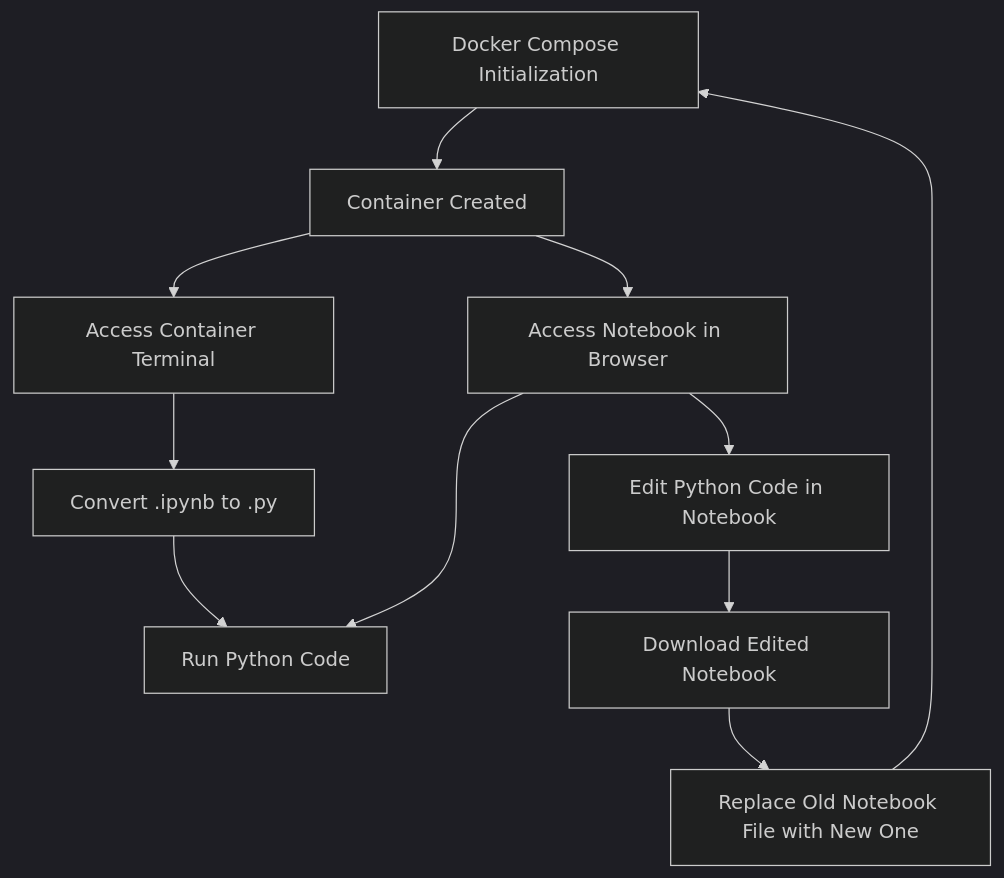
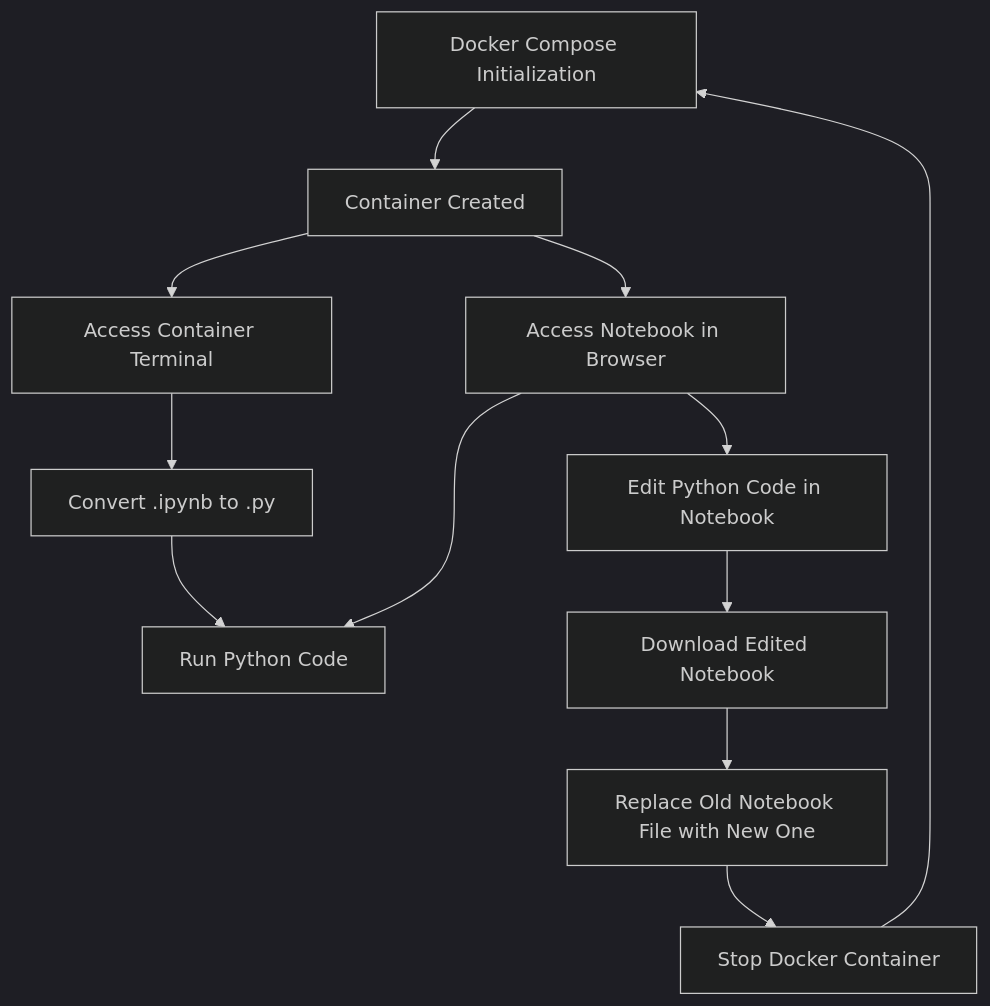
One commit to kaizen-ai/kaizenflow changed the diagram in sorrentum_sandbox/spring2024/Spring2024_Real-time_Data_Processing_with_Apache_Spark_Streaming/write_up.md. Above: the diagram before and after it, drawn with Mermaid (dark theme). The commit also changed other lines of this file, not shown here.

````diff
--- a/sorrentum_sandbox/spring2024/Spring2024_Real-time_Data_Processing_with_Apache_Spark_Streaming/write_up.md
+++ b/sorrentum_sandbox/spring2024/Spring2024_Real-time_Data_Processing_with_Apache_Spark_Streaming/write_up.md
@@ -397,13 +424,14 @@
 ```mermaid
 graph TD;
 	A[Docker Compose Initialization] --> B[Container Created]
 	B --> C[Access Container Terminal]
 	C --> D[Convert .ipynb to .py]
 	D --> E[Run Python Code]
 	B --> F[Access Notebook in Browser]
 	F --> G[Edit Python Code in Notebook]
 	G --> H[Download Edited Notebook]
 	H --> I[Replace Old Notebook File with New One]
-	I --> A
+	I --> J[Stop Docker Container]
+	J --> A
 	F --> E
 ```
````
